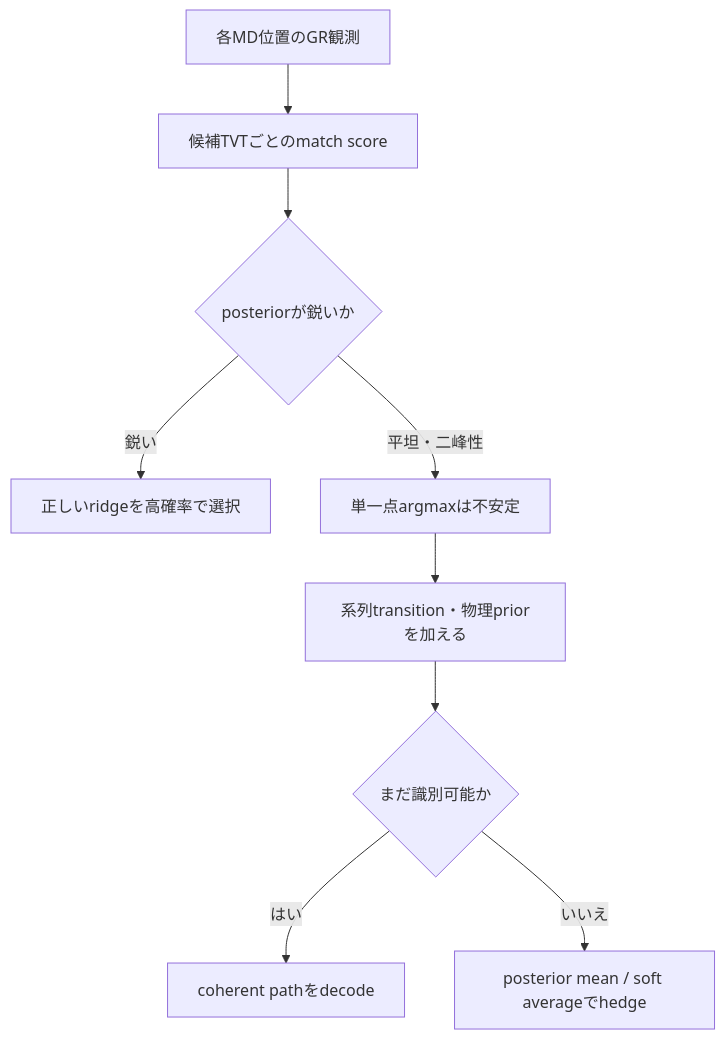
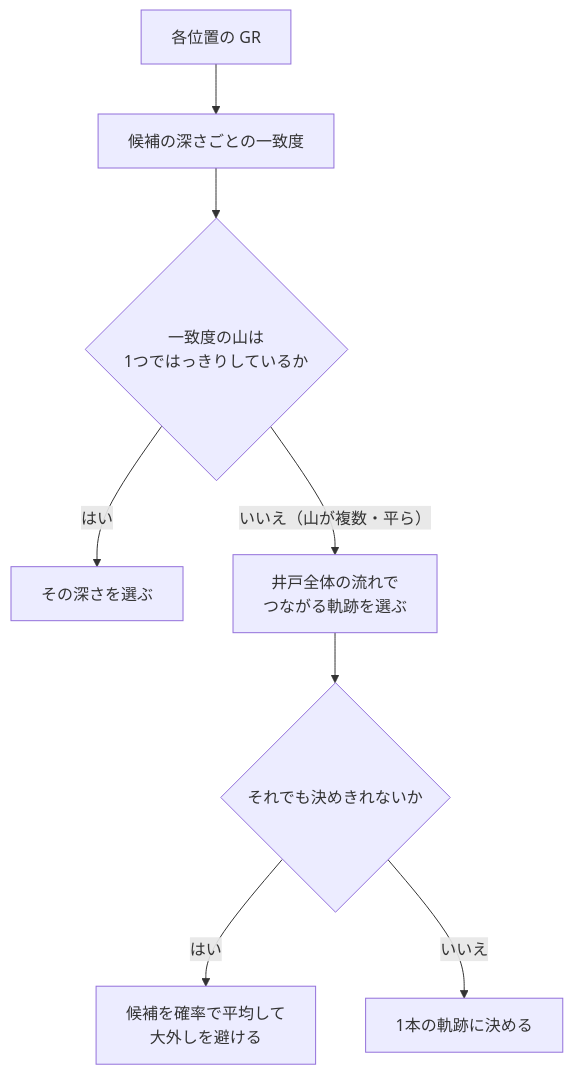
One commit to marumarukun/kaggle-solutions changed the second of 2 diagrams in solutions/202608-rogii-wellbore-geology-prediction/article.md. Above: the diagram before and after it, drawn with Mermaid. The commit also changed other lines of this file, not shown here.

````diff
--- a/solutions/202608-rogii-wellbore-geology-prediction/article.md
+++ b/solutions/202608-rogii-wellbore-geology-prediction/article.md
@@ -108,11 +85,10 @@
 ```mermaid
 flowchart TD
-    A[各MD位置のGR観測] --> B[候補TVTごとのmatch score]
-    B --> C{posteriorが鋭いか}
-    C -->|鋭い| D[正しいridgeを高確率で選択]
-    C -->|平坦・二峰性| E[単一点argmaxは不安定]
-    E --> F[系列transition・物理priorを加える]
-    F --> G{まだ識別可能か}
-    G -->|はい| H[coherent pathをdecode]
-    G -->|いいえ| I[posterior mean / soft averageでhedge]
+    A["各位置の GR"] --> B["候補の深さごとの一致度"]
+    B --> C{"一致度の山は<br/>1つではっきりしているか"}
+    C -- はい --> D["その深さを選ぶ"]
+    C -- "いいえ（山が複数・平ら）" --> E["井戸全体の流れで<br/>つながる軌跡を選ぶ"]
+    E --> F{"それでも決めきれないか"}
+    F -- はい --> G["候補を確率で平均して<br/>大外しを避ける"]
+    F -- いいえ --> H["1本の軌跡に決める"]
 ```
````
